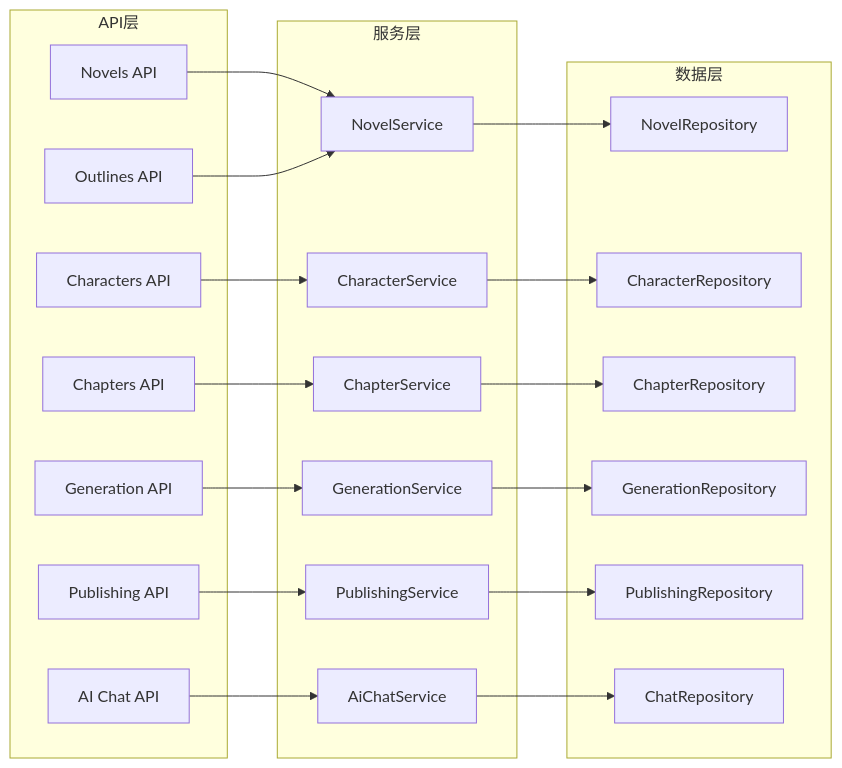
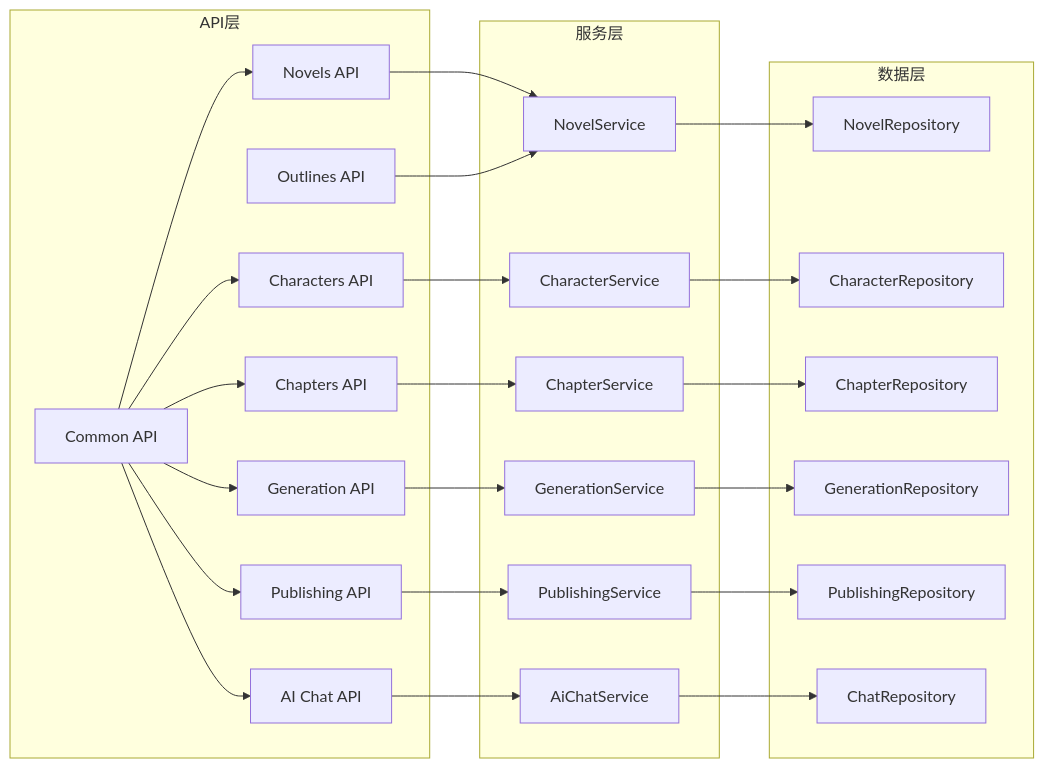
The seventh of 7 diagrams in .qoder/repowiki/zh/content/API接口文档/API接口文档.md (xfbyxq/ai-novel-system), drawn with Mermaid before and after one commit. The commit also changed other lines of this file and 84 other files, not shown here.

````diff
--- a/.qoder/repowiki/zh/content/API接口文档/API接口文档.md
+++ b/.qoder/repowiki/zh/content/API接口文档/API接口文档.md
@@ -485,41 +536,48 @@
 ```mermaid
 graph LR
 subgraph "API层"
 A1[Novels API]
 A2[Characters API]
 A3[Chapters API]
 A4[Generation API]
 A5[Publishing API]
 A6[AI Chat API]
 A7[Outlines API]
+A8[Common API]
 end
 subgraph "服务层"
 S1[NovelService]
 S2[CharacterService]
 S3[ChapterService]
 S4[GenerationService]
 S5[PublishingService]
 S6[AiChatService]
 end
 subgraph "数据层"
 D1[NovelRepository]
 D2[CharacterRepository]
 D3[ChapterRepository]
 D4[GenerationRepository]
 D5[PublishingRepository]
 D6[ChatRepository]
 end
 A1 --> S1
 A2 --> S2
 A3 --> S3
 A4 --> S4
 A5 --> S5
 A6 --> S6
 A7 --> S1
+A8 --> A1
+A8 --> A2
+A8 --> A3
+A8 --> A4
+A8 --> A5
+A8 --> A6
 S1 --> D1
 S2 --> D2
 S3 --> D3
 S4 --> D4
 S5 --> D5
 S6 --> D6
 ```
````
